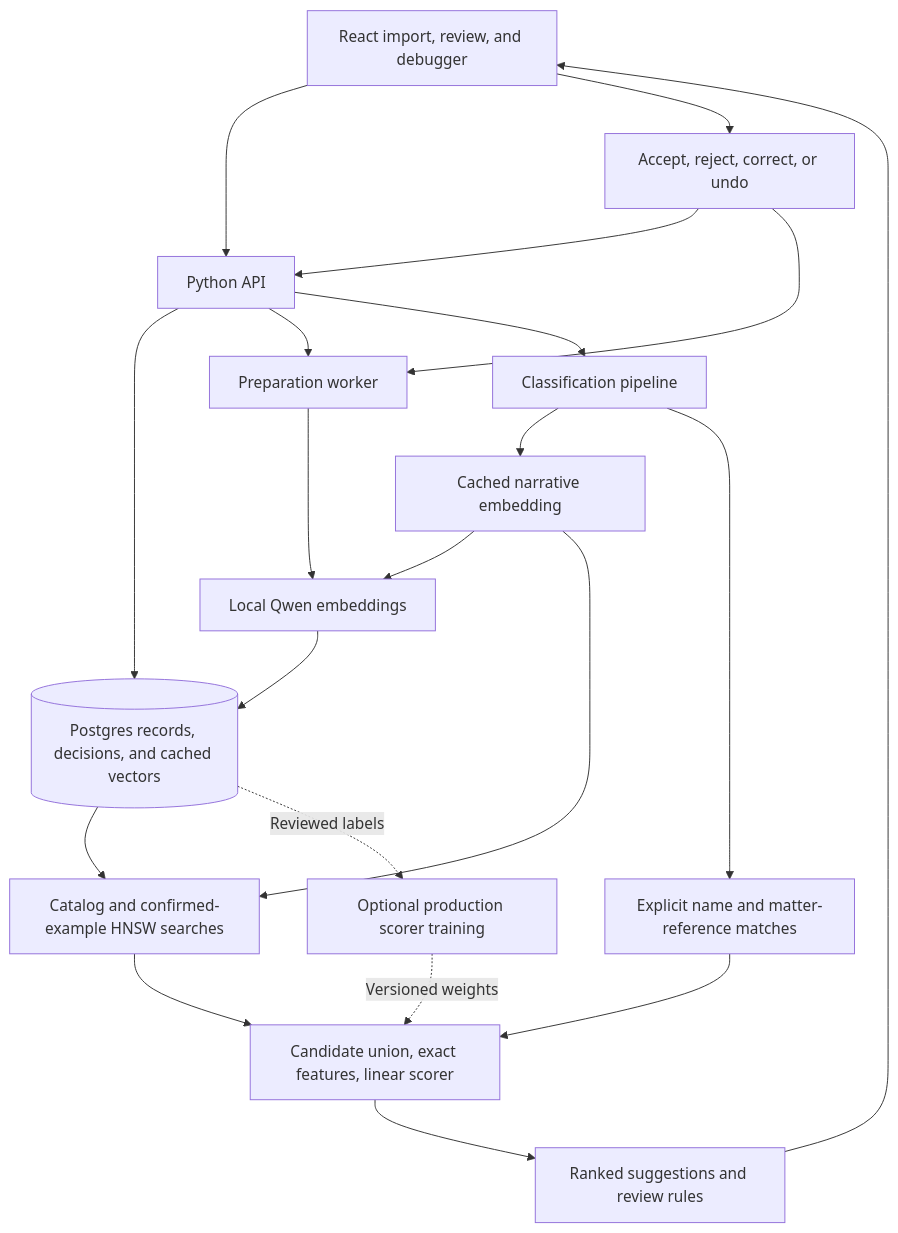
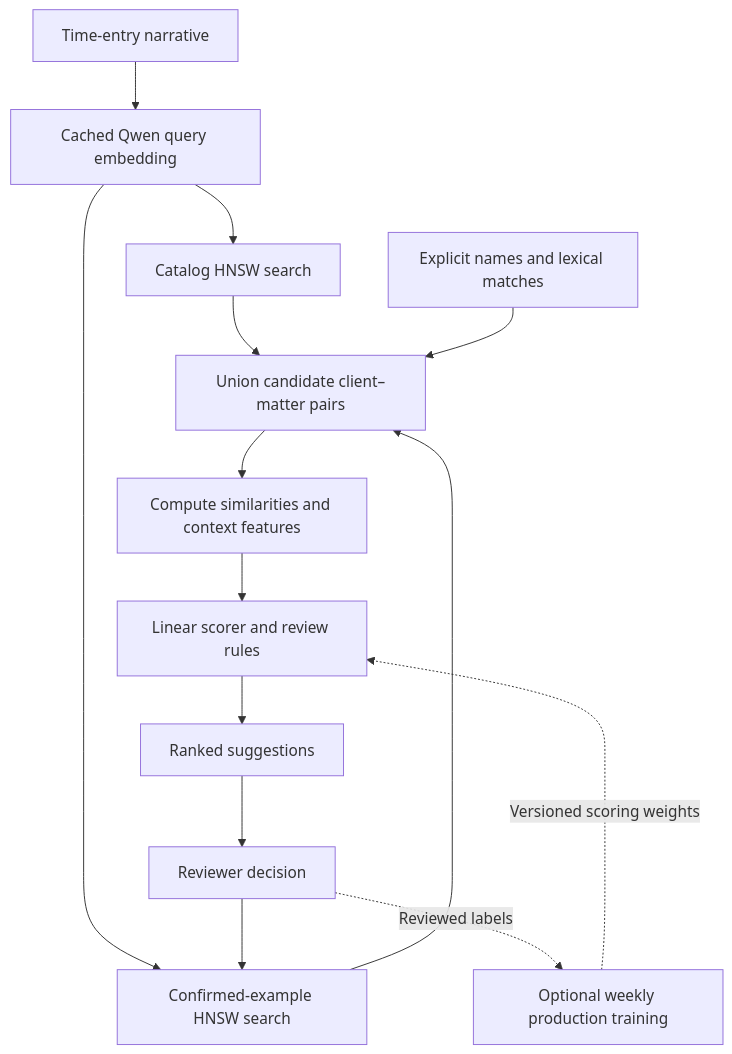
One commit to sonjoseph/PointTwo changed the diagram in DESIGN.md. Above: the diagram before and after it, drawn with Mermaid. The commit also changed other lines of this file and 6 other files, not shown here.

````diff
--- a/DESIGN.md
+++ b/DESIGN.md
@@ -37,23 +37,16 @@
 ```mermaid
 flowchart TD
-    UI[React import, review, and debugger] --> API[Python API]
-    API --> DB[(Postgres records, decisions, and cached vectors)]
-    API --> W[Preparation worker]
-    W --> Q[Local Qwen embeddings]
-    Q --> DB
-    API --> C[Classification pipeline]
-    C --> E[Cached narrative embedding]
-    E --> Q
-    E --> H[Catalog and confirmed-example HNSW searches]
-    DB --> H
-    H --> R[Candidate union, exact features, linear scorer]
-    C --> L[Explicit name and matter-reference matches]
-    L --> R
-    R --> S[Ranked suggestions and review rules]
-    S --> UI
-    UI --> F[Accept, reject, correct, or undo]
-    F --> API
-    F --> W
-    DB -. Reviewed labels .-> T[Optional production scorer training]
-    T -. Versioned weights .-> R
+    Q[Time-entry narrative] --> E[Cached Qwen query embedding]
+    E --> C[Catalog HNSW search]
+    E --> H[Confirmed-example HNSW search]
+    C --> U[Union candidate client–matter pairs]
+    H --> U
+    L[Explicit names and lexical matches] --> U
+    U --> F[Compute similarities and context features]
+    F --> S[Linear scorer and review rules]
+    S --> R[Ranked suggestions]
+    R --> D[Reviewer decision]
+    D --> H
+    D -. Reviewed labels .-> T[Optional weekly production training]
+    T -. Versioned scoring weights .-> S
 ```
````
